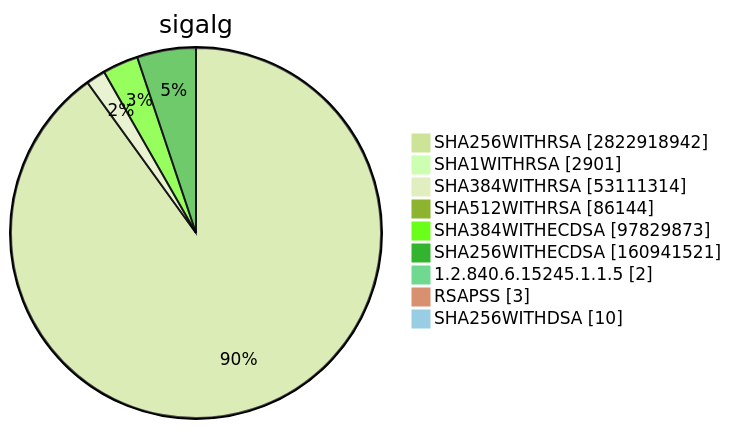
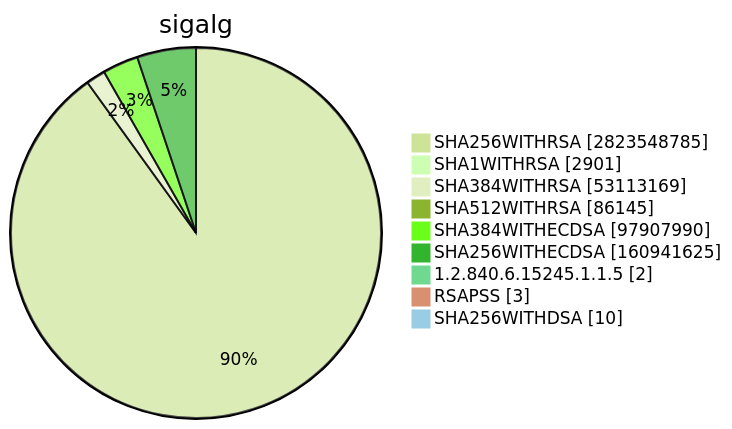
One commit to christiankrug/ctmonitor_visualization changed diagram 15 of 15 in TOTAL/README.md. Above: the diagram before and after it, drawn with Mermaid (forest theme). The commit also changed other lines of this file, not shown here.

````diff
--- a/TOTAL/README.md
+++ b/TOTAL/README.md
@@ -6207,13 +6207,13 @@
 ```mermaid
 pie showData
 title sigalg
-"SHA256WITHRSA" :2822918942
+"SHA256WITHRSA" :2823548785
 "SHA1WITHRSA" :2901
-"SHA384WITHRSA" :53111314
-"SHA512WITHRSA" :86144
-"SHA384WITHECDSA" :97829873
-"SHA256WITHECDSA" :160941521
+"SHA384WITHRSA" :53113169
+"SHA512WITHRSA" :86145
+"SHA384WITHECDSA" :97907990
+"SHA256WITHECDSA" :160941625
 "1.2.840.6.15245.1.1.5" :2
 "RSAPSS" :3
 "SHA256WITHDSA" :10
 ```
````
